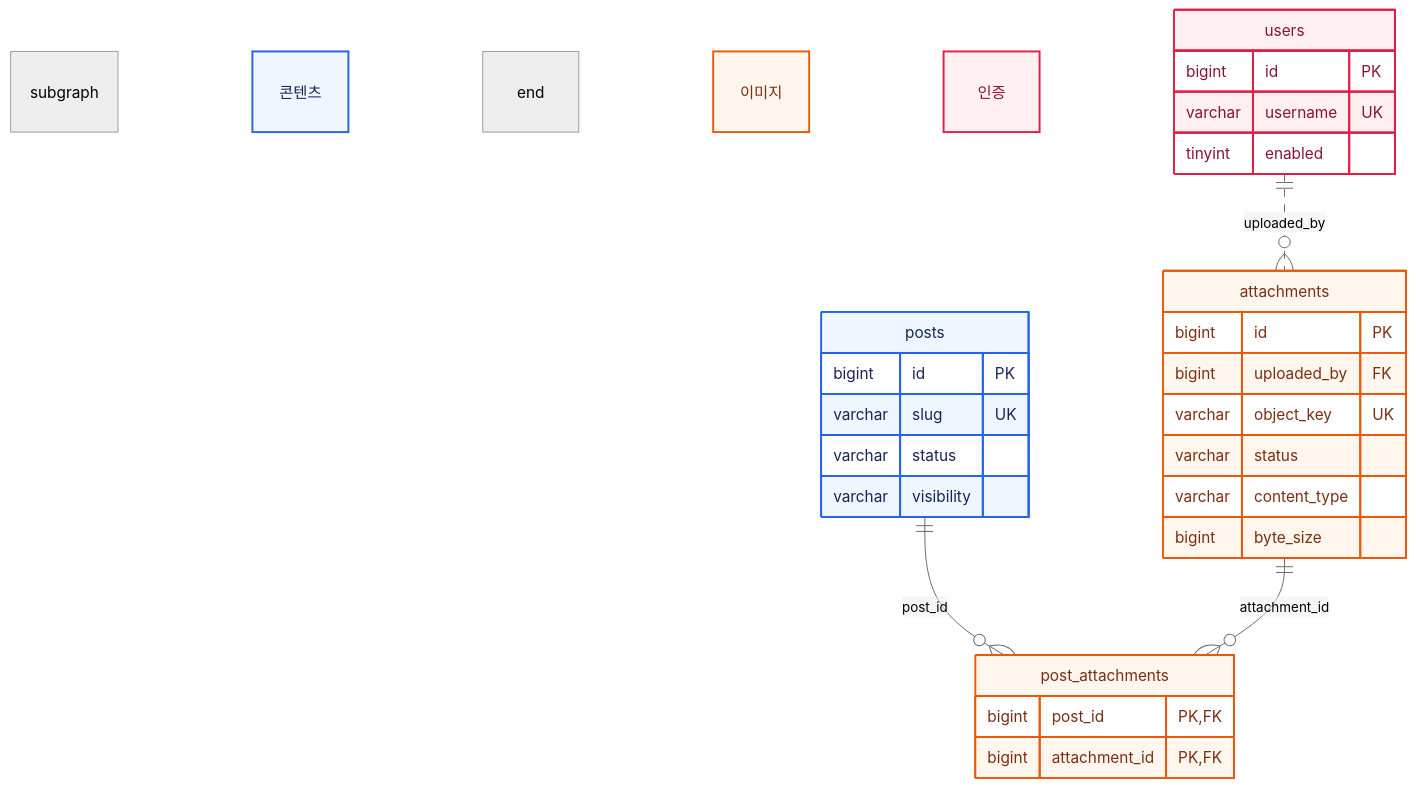
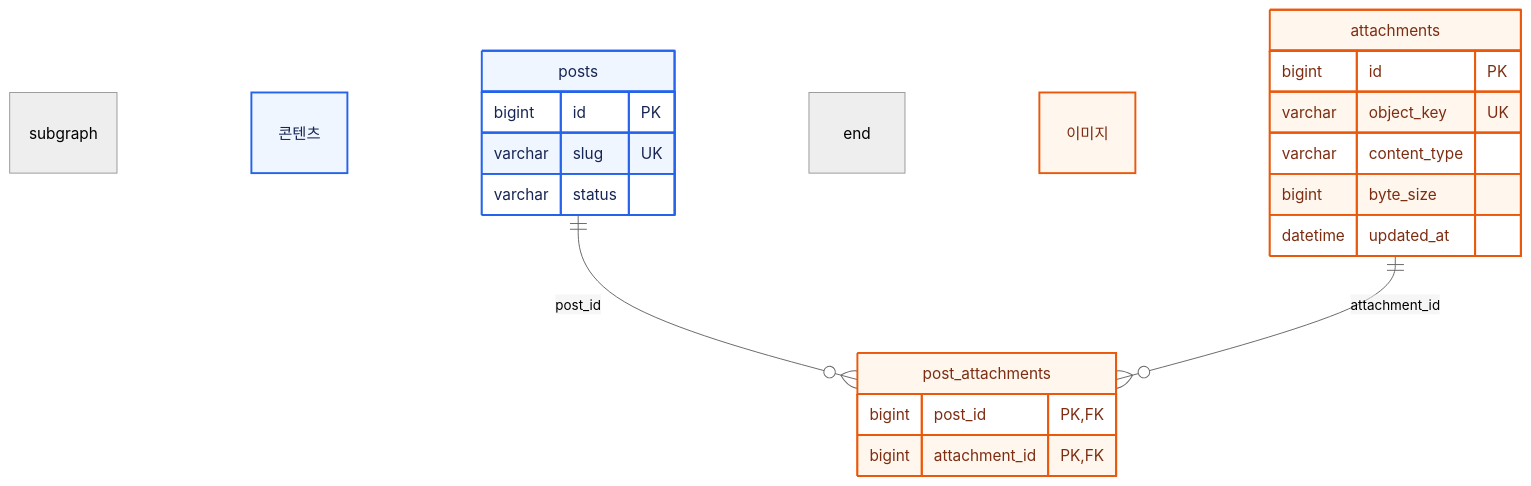
One commit to gjaku1031/ken-blog changed the third of 3 diagrams in content/posts/post-f9235d74-4d5b-4705-8f59-ba3511bd50e9.md. Above: the diagram before and after it, drawn with Mermaid (neutral theme). The commit also changed other lines of this file and 12 other files, not shown here.

````diff
--- a/content/posts/post-f9235d74-4d5b-4705-8f59-ba3511bd50e9.md
+++ b/content/posts/post-f9235d74-4d5b-4705-8f59-ba3511bd50e9.md
@@ -207,42 +204,30 @@
-```mermaid caption="글과 이미지는 post_attachments를 통한 다대다 관계이며 연결 행의 복합 PK는 (post_id, attachment_id). 첨부 등록자는 필수 사용자 FK"
+```mermaid caption="글과 이미지는 post_attachments를 통한 다대다 관계이며 연결 행의 복합 PK는 (post_id, attachment_id)"
 erDiagram
     direction TB
     subgraph content_detail["콘텐츠"]
         posts {
             bigint id PK
             varchar slug UK
             varchar status
-            varchar visibility
         }
     end
     subgraph media_detail["이미지"]
         attachments {
             bigint id PK
-            bigint uploaded_by FK
             varchar object_key UK
-            varchar status
             varchar content_type
             bigint byte_size
+            datetime updated_at
         }
         post_attachments {
             bigint post_id PK, FK
             bigint attachment_id PK, FK
         }
     end
-    subgraph auth_detail["인증"]
-        users {
-            bigint id PK
-            varchar username UK
-            tinyint enabled
-        }
-    end
     posts ||--o{ post_attachments : post_id
     attachments ||--o{ post_attachments : attachment_id
-    users ||..o{ attachments : uploaded_by
     classDef content fill:#eff6ff,stroke:#2563eb,color:#172554,stroke-width:2px
     class content_detail,posts content
     classDef media fill:#fff7ed,stroke:#ea580c,color:#7c2d12,stroke-width:2px
     class media_detail,attachments,post_attachments media
-    classDef auth fill:#fff1f2,stroke:#e11d48,color:#881337,stroke-width:2px
-    class auth_detail,users auth
 ```
````
